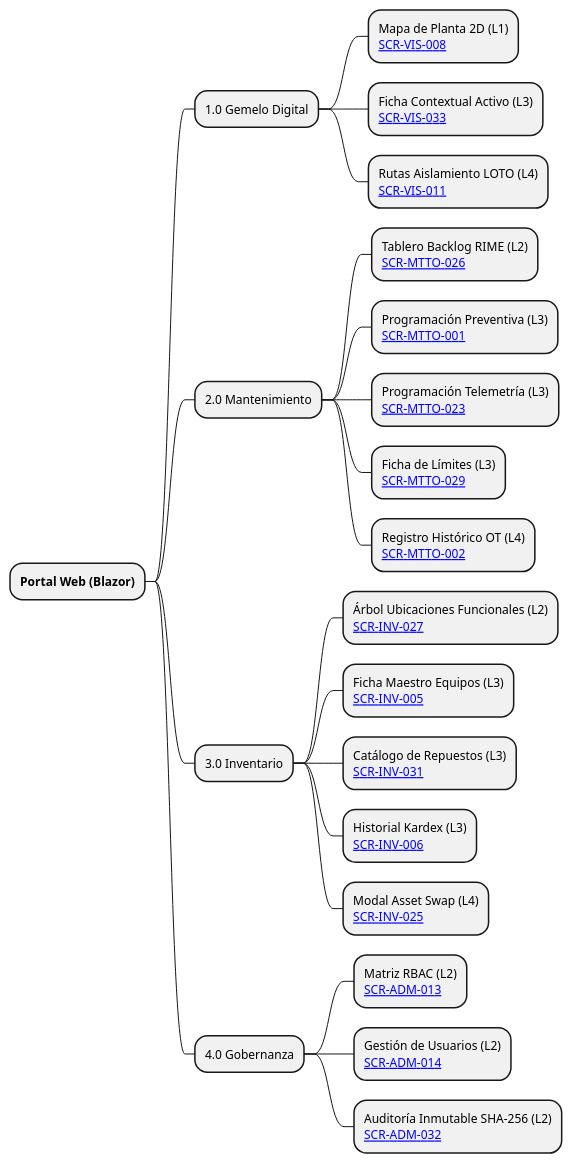
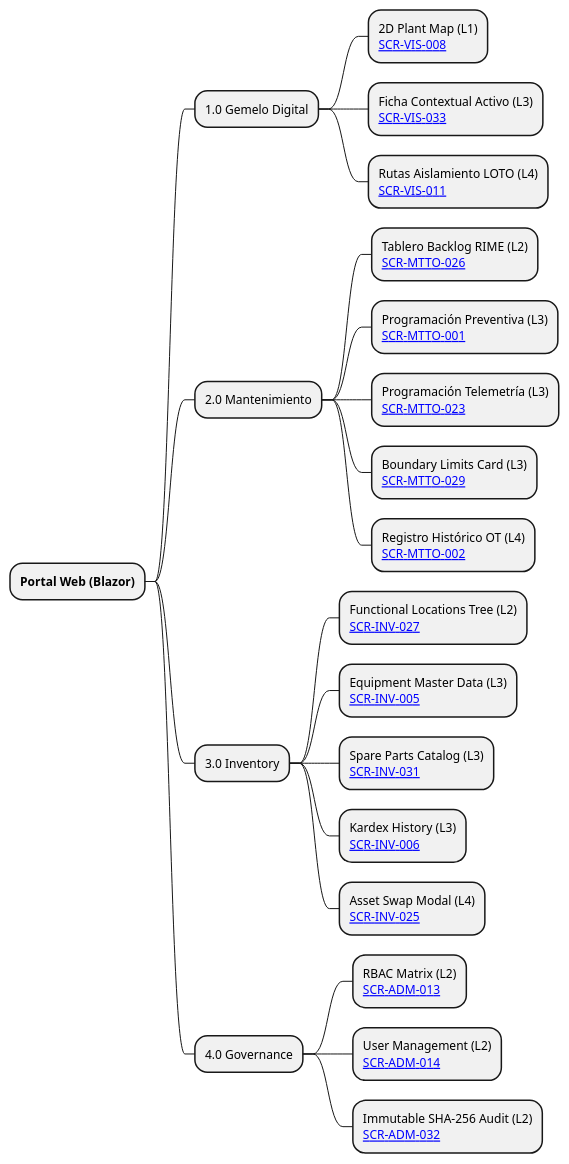
The fourth of 6 diagrams in ui-ux/DT-UI-NAV-DOC-001.md (Novav20/adso-dteam-docs), drawn with PlantUML before and after one commit. The commit also changed other lines of this file, not shown here.

````diff
--- a/ui-ux/DT-UI-NAV-DOC-001.md
+++ b/ui-ux/DT-UI-NAV-DOC-001.md
@@ -142,30 +142,30 @@
 ```plantuml
 @startmindmap
 skinparam defaultFontName "Segoe UI"
 skinparam defaultFontSize 12
 skinparam nodesep 20
 skinparam ranksep 30
 
 * **Portal Web (Blazor)**
 ** 1.0 Gemelo Digital
-*** Mapa de Planta 2D (L1)\n[[SCR-VIS-008]]
+*** 2D Plant Map (L1)\n[[SCR-VIS-008]]
 *** Ficha Contextual Activo (L3)\n[[SCR-VIS-033]]
 *** Rutas Aislamiento LOTO (L4)\n[[SCR-VIS-011]]
 ** 2.0 Mantenimiento
 *** Tablero Backlog RIME (L2)\n[[SCR-MTTO-026]]
 *** Programación Preventiva (L3)\n[[SCR-MTTO-001]]
 *** Programación Telemetría (L3)\n[[SCR-MTTO-023]]
-*** Ficha de Límites (L3)\n[[SCR-MTTO-029]]
+*** Boundary Limits Card (L3)\n[[SCR-MTTO-029]]
 *** Registro Histórico OT (L4)\n[[SCR-MTTO-002]]
-** 3.0 Inventario
-*** Árbol Ubicaciones Funcionales (L2)\n[[SCR-INV-027]]
-*** Ficha Maestro Equipos (L3)\n[[SCR-INV-005]]
-*** Catálogo de Repuestos (L3)\n[[SCR-INV-031]]
-*** Historial Kardex (L3)\n[[SCR-INV-006]]
-*** Modal Asset Swap (L4)\n[[SCR-INV-025]]
-** 4.0 Gobernanza
-*** Matriz RBAC (L2)\n[[SCR-ADM-013]]
-*** Gestión de Usuarios (L2)\n[[SCR-ADM-014]]
-*** Auditoría Inmutable SHA-256 (L2)\n[[SCR-ADM-032]]
+** 3.0 Inventory
+*** Functional Locations Tree (L2)\n[[SCR-INV-027]]
+*** Equipment Master Data (L3)\n[[SCR-INV-005]]
+*** Spare Parts Catalog (L3)\n[[SCR-INV-031]]
+*** Kardex History (L3)\n[[SCR-INV-006]]
+*** Asset Swap Modal (L4)\n[[SCR-INV-025]]
+** 4.0 Governance
+*** RBAC Matrix (L2)\n[[SCR-ADM-013]]
+*** User Management (L2)\n[[SCR-ADM-014]]
+*** Immutable SHA-256 Audit (L2)\n[[SCR-ADM-032]]
 @endmindmap
 ```
````
